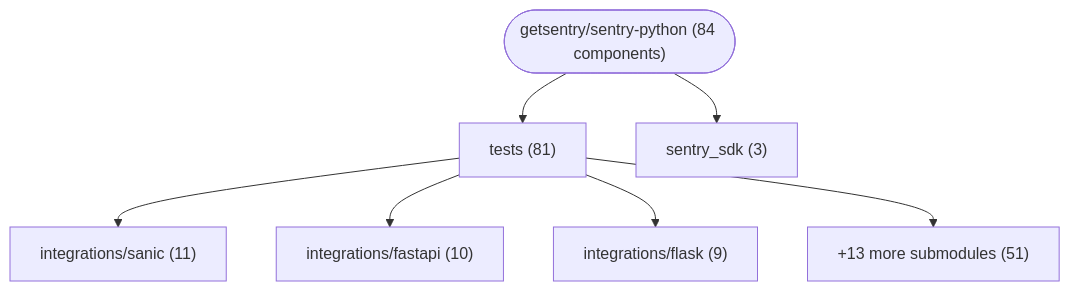
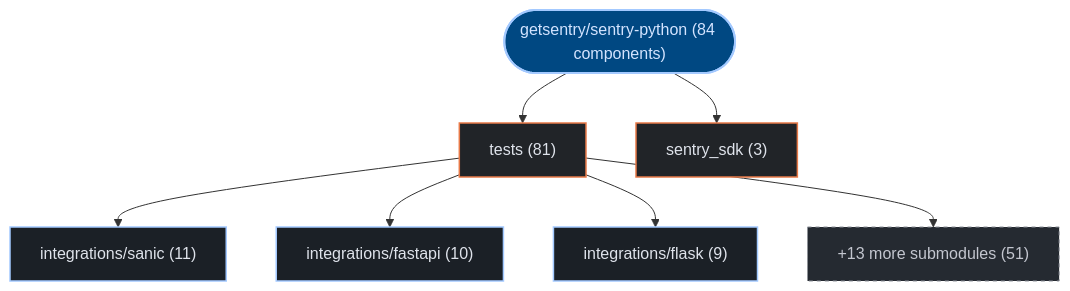
One commit to kumarshaz/atruss-code-atlas changed the first of 3 diagrams in exports/latest/reports/getsentry-sentry-python-report.md. Above: the diagram before and after it, drawn with Mermaid. The commit also changed other lines of this file and 331 other files, not shown here.

Commit message:
docs,ui,fix: update SDLC docs, reorder CI/CD DAG first, stylize Mermaid, and fix Arc42 pipeline topology

````diff
--- a/exports/latest/reports/getsentry-sentry-python-report.md
+++ b/exports/latest/reports/getsentry-sentry-python-report.md
@@ -42,16 +42,23 @@
 ```mermaid
 graph TD;
-    repo_root(["getsentry/sentry-python (84 components)"])
-    dir_0_tests["tests (81)"]
+  classDef atlasRoot fill:#004882,stroke:#a3c9ff,stroke-width:2px,color:#d3e4ff
+  classDef atlasCategory fill:#212428,stroke:#E87A48,stroke-width:1.5px,color:#dfe3eb
+  classDef atlasWorkflow fill:#1b2026,stroke:#a3c9ff,stroke-width:1.5px,color:#dfe3eb
+  classDef atlasJob fill:#171c22,stroke:#8d9199,stroke-width:1px,color:#dfe3eb
+  classDef atlasTarget fill:#005227,stroke:#8bd99b,stroke-width:1.5px,color:#a7f6b6
+  classDef atlasAlert fill:#93000a,stroke:#ffb4ab,stroke-width:1.5px,color:#ffdad6
+  classDef atlasMore fill:#252a31,stroke:#8d9199,stroke-dasharray:4 4,color:#c3c6cf
+    repo_root(["getsentry/sentry-python (84 components)"]):::atlasRoot
+    dir_0_tests["tests (81)"]:::atlasCategory
     repo_root --> dir_0_tests
-    sub_0_0_integrations_sanic["integrations/sanic (11)"]
+    sub_0_0_integrations_sanic["integrations/sanic (11)"]:::atlasWorkflow
     dir_0_tests --> sub_0_0_integrations_sanic
-    sub_0_1_integrations_fastapi["integrations/fastapi (10)"]
+    sub_0_1_integrations_fastapi["integrations/fastapi (10)"]:::atlasWorkflow
     dir_0_tests --> sub_0_1_integrations_fastapi
-    sub_0_2_integrations_flask["integrations/flask (9)"]
+    sub_0_2_integrations_flask["integrations/flask (9)"]:::atlasWorkflow
     dir_0_tests --> sub_0_2_integrations_flask
-    sub_0_more["+13 more submodules (51)"]
+    sub_0_more["+13 more submodules (51)"]:::atlasMore
     dir_0_tests --> sub_0_more
-    dir_1_sentry_sdk["sentry_sdk (3)"]
+    dir_1_sentry_sdk["sentry_sdk (3)"]:::atlasCategory
     repo_root --> dir_1_sentry_sdk
 ```
````
